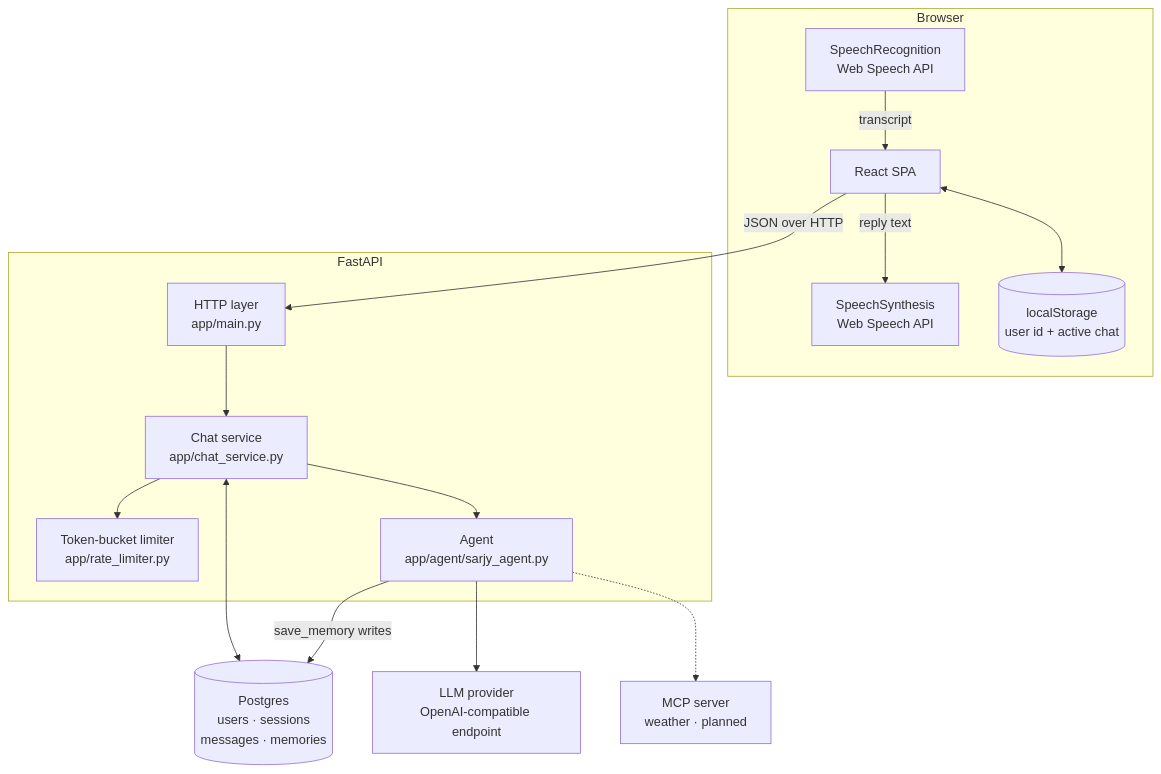
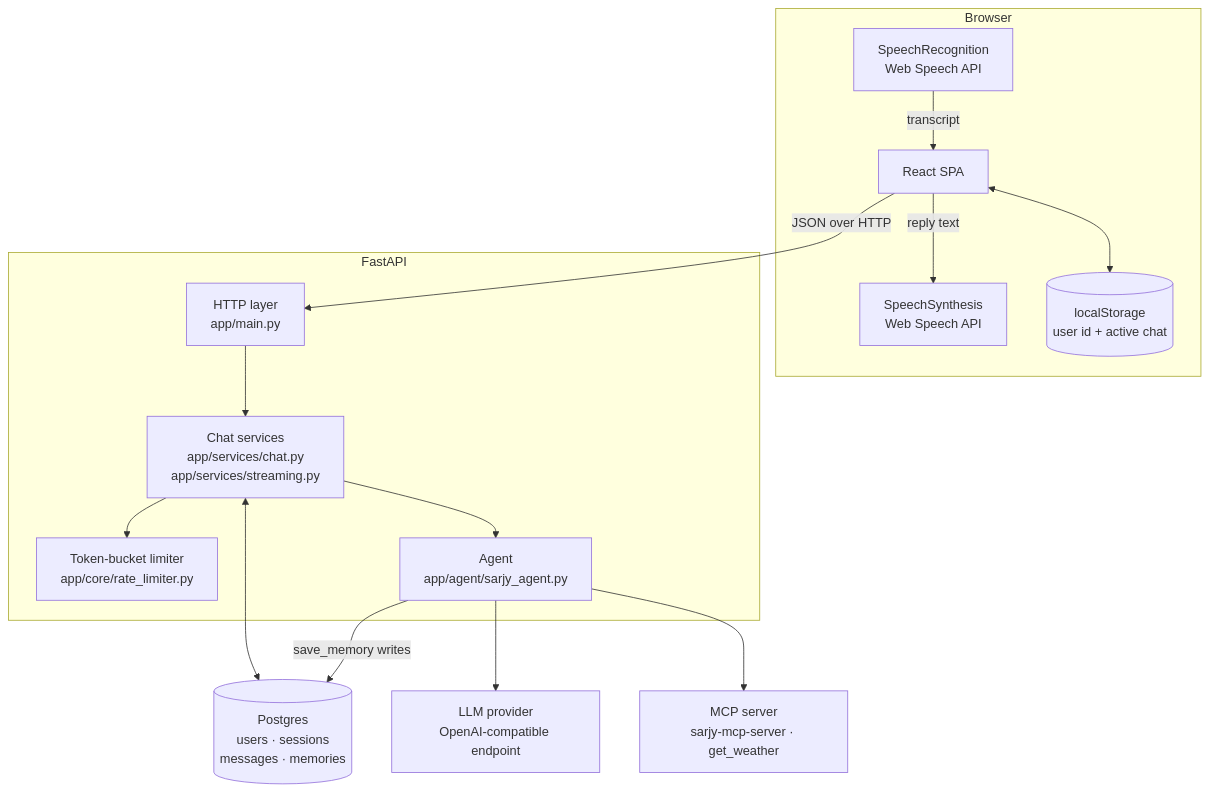
Before and after one commit to tareksat/sarji: the first of 3 diagrams in docs/ARCHITECTURE.md, drawn with Mermaid. The commit also changed other lines of this file and 2 other files, not shown here.

Commit message:
docs: bring the architecture doc and the latency skill in line with the shipped scope

````diff
--- a/docs/ARCHITECTURE.md
+++ b/docs/ARCHITECTURE.md
@@ -10,32 +10,32 @@
 ```mermaid
 graph TB
     subgraph Browser
         UI[React SPA]
         STT[SpeechRecognition<br/>Web Speech API]
         TTS[SpeechSynthesis<br/>Web Speech API]
         LS[(localStorage<br/>user id + active chat)]
     end
 
     subgraph Server[FastAPI]
         API[HTTP layer<br/>app/main.py]
-        CS[Chat service<br/>app/chat_service.py]
-        RL[Token-bucket limiter<br/>app/rate_limiter.py]
+        CS[Chat services<br/>app/services/chat.py<br/>app/services/streaming.py]
+        RL[Token-bucket limiter<br/>app/core/rate_limiter.py]
         AG[Agent<br/>app/agent/sarjy_agent.py]
     end
 
     PG[(Postgres<br/>users · sessions<br/>messages · memories)]
     LLM[LLM provider<br/>OpenAI-compatible endpoint]
-    MCP[MCP server<br/>weather · planned]
+    MCP[MCP server<br/>sarjy-mcp-server · get_weather]
 
     STT -->|transcript| UI
     UI -->|reply text| TTS
     UI <--> LS
     UI -->|JSON over HTTP| API
     API --> CS
     CS --> RL
     CS --> AG
     CS <--> PG
     AG -->|save_memory writes| PG
     AG --> LLM
-    AG -.-> MCP
+    AG --> MCP
 ```
````
